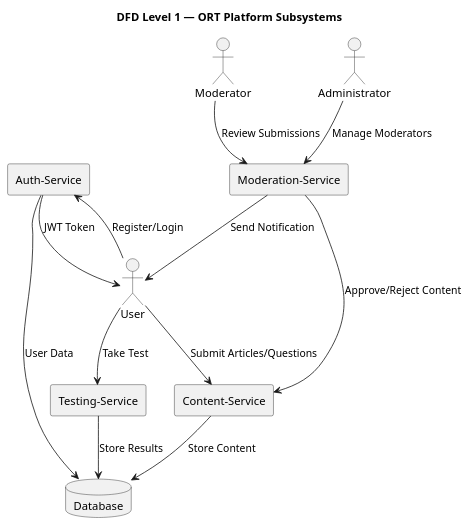
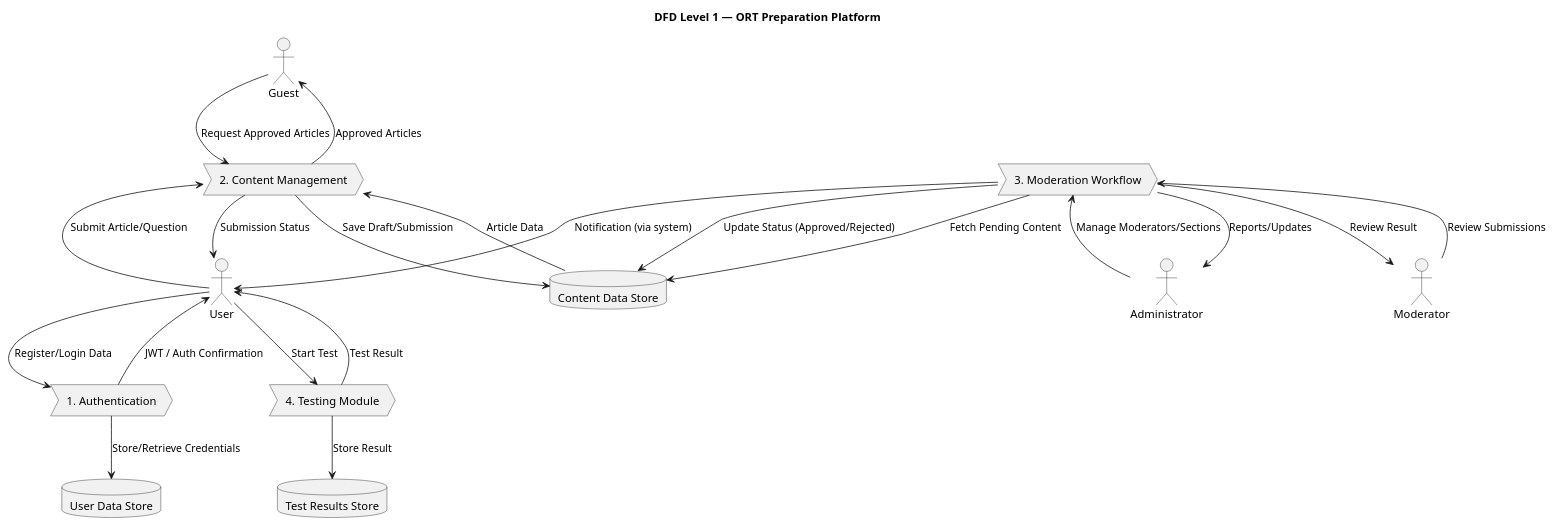
One commit to alydinus/ORT changed the diagram in docs/diagarms/dfd-level-1-decomposition.puml. Above: the diagram before and after it, drawn with PlantUML. The commit also changed 13 other files, not shown here.

Commit message:
Add DFD diagrams for ORT Preparation Platform, including context, level 1 decomposition, and content management processes

```diff
--- a/docs/diagarms/dfd-level-1-decomposition.puml
+++ b/docs/diagarms/dfd-level-1-decomposition.puml
@@ -1,32 +1,48 @@
 @startuml
-title DFD Level 1 — ORT Platform Subsystems
+title DFD Level 1 — ORT Preparation Platform
 
+actor Guest
 actor User
 actor Moderator
 actor Administrator
-database Database
 
-rectangle "Auth-Service" as Auth {
-  User --> Auth : Register/Login
-  Auth --> User : JWT Token
-}
+database "User Data Store" as UserDB
+database "Content Data Store" as ContentDB
+database "Test Results Store" as TestDB
 
-rectangle "Content-Service" as Content {
-  User --> Content : Submit Articles/Questions
-  Content --> Database : Store Content
-}
+' Main processes
+process "1. Authentication" as Auth
+process "2. Content Management" as Content
+process "3. Moderation Workflow" as Mod
+process "4. Testing Module" as Test
 
-rectangle "Moderation-Service" as Mod {
-  Moderator --> Mod : Review Submissions
-  Mod --> Content : Approve/Reject Content
-  Mod --> User : Send Notification
-}
+' Guest interactions
+Guest --> Content : Request Approved Articles
+Content --> Guest : Approved Articles
 
-rectangle "Testing-Service" as Test {
-  User --> Test : Take Test
-  Test --> Database : Store Results
-}
+' User interactions
+User --> Auth : Register/Login Data
+Auth --> UserDB : Store/Retrieve Credentials
+Auth --> User : JWT / Auth Confirmation
 
-Administrator --> Mod : Manage Moderators
-Auth --> Database : User Data
+User --> Content : Submit Article/Question
+Content --> ContentDB : Save Draft/Submission
+ContentDB --> Content : Article Data
+Content --> User : Submission Status
+
+User --> Test : Start Test
+Test --> TestDB : Store Result
+Test --> User : Test Result
+
+' Moderator interactions
+Moderator --> Mod : Review Submissions
+Mod --> ContentDB : Fetch Pending Content
+Mod --> ContentDB : Update Status (Approved/Rejected)
+Mod --> Moderator : Review Result
+Mod --> User : Notification (via system)
+
+' Admin interactions
+Administrator --> Mod : Manage Moderators/Sections
+Mod --> Administrator : Reports/Updates
+
 @enduml
```
